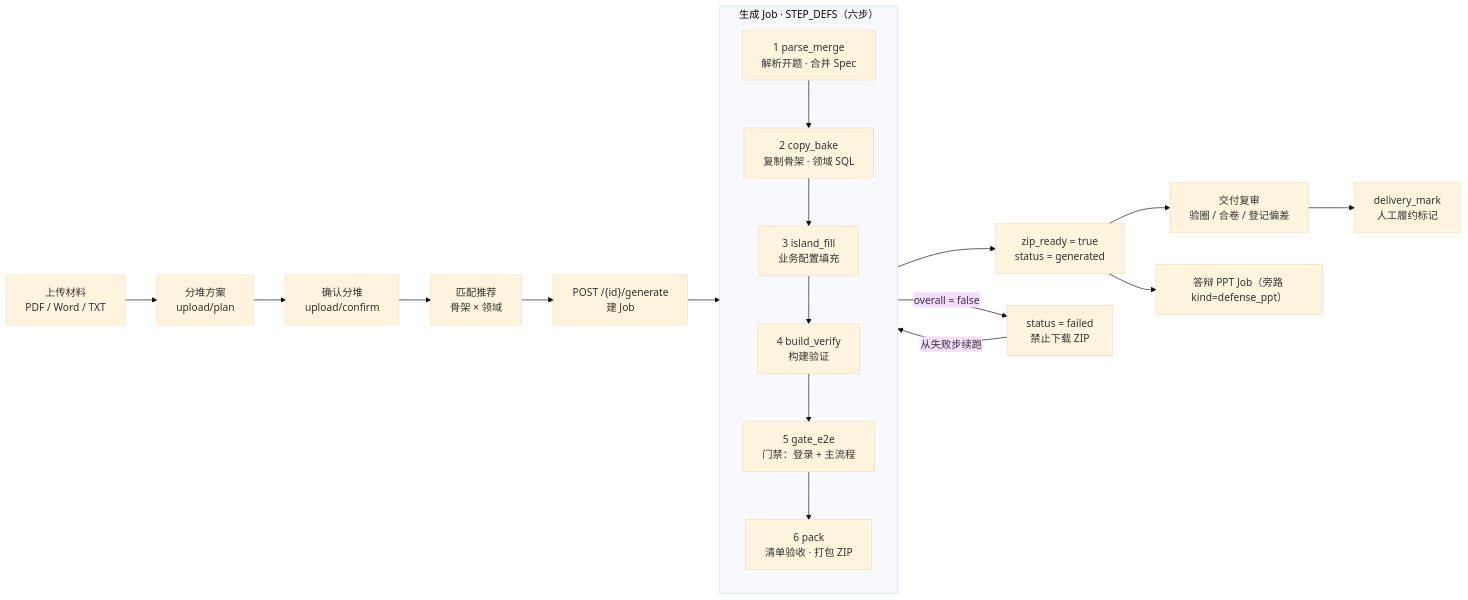
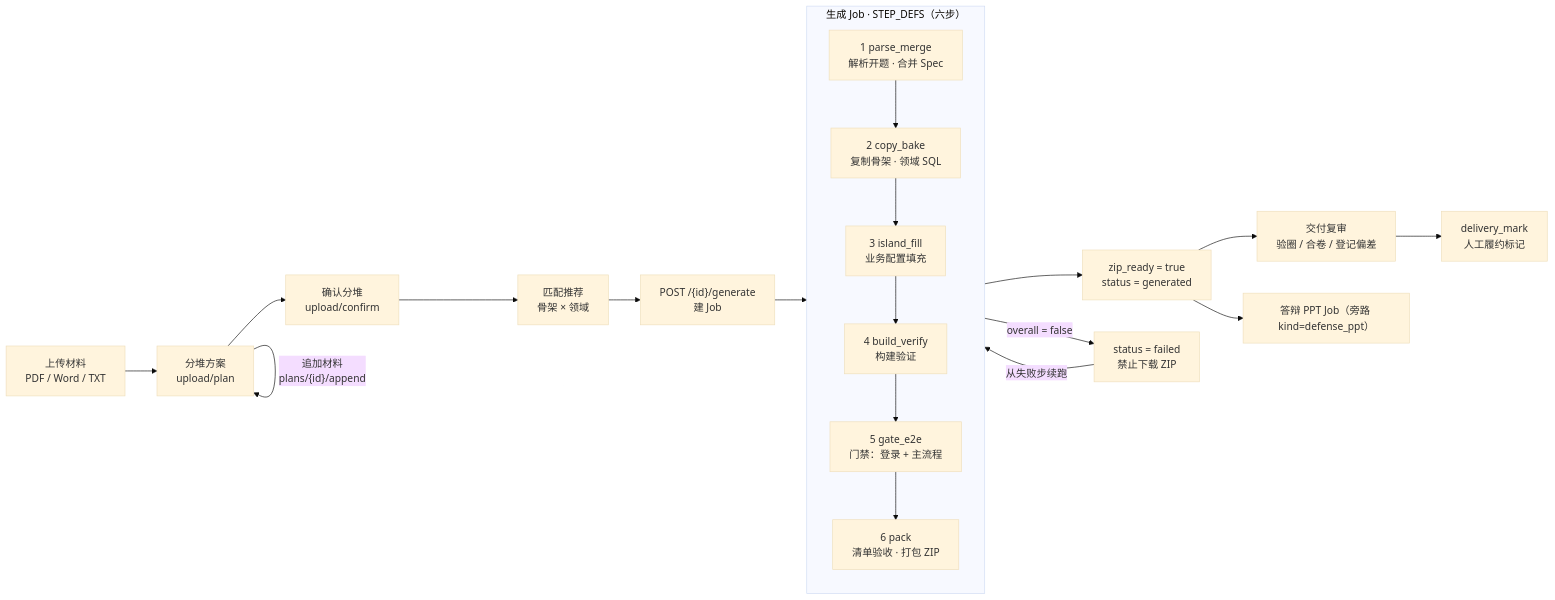
The second of 10 diagrams in ARCHITECTURE.md (Ta321487/Gate), drawn with Mermaid (base theme) before and after one commit. The commit also changed other lines of this file and 12 other files, not shown here.

````diff
--- a/ARCHITECTURE.md
+++ b/ARCHITECTURE.md
@@ -128,27 +128,28 @@
 ```mermaid
 flowchart LR
     U["上传材料<br/>PDF / Word / TXT"] --> PLAN["分堆方案<br/>upload/plan"]
+    PLAN -->|"追加材料<br/>plans/{id}/append"| PLAN
     PLAN --> CONF["确认分堆<br/>upload/confirm"]
     CONF --> MATCH["匹配推荐<br/>骨架 × 领域"]
     MATCH --> GEN["POST /{id}/generate<br/>建 Job"]
 
     subgraph JOB["生成 Job · STEP_DEFS（六步）"]
         direction TB
         S0["1 parse_merge<br/>解析开题 · 合并 Spec"]
         S1["2 copy_bake<br/>复制骨架 · 领域 SQL"]
         S2["3 island_fill<br/>业务配置填充"]
         S3["4 build_verify<br/>构建验证"]
         S4["5 gate_e2e<br/>门禁：登录 + 主流程"]
         S5["6 pack<br/>清单验收 · 打包 ZIP"]
         S0 --> S1 --> S2 --> S3 --> S4 --> S5
     end
 
     GEN --> S0
     S5 --> DONE["zip_ready = true<br/>status = generated"]
     S4 -->|overall = false| FAIL["status = failed<br/>禁止下载 ZIP"]
     FAIL -->|从失败步续跑| S2
 
     DONE --> REVIEW["交付复审<br/>验圈 / 合卷 / 登记偏差"]
     DONE --> PPT["答辩 PPT Job（旁路 kind=defense_ppt）"]
     REVIEW --> DELIVER["delivery_mark<br/>人工履约标记"]
 ```
````
